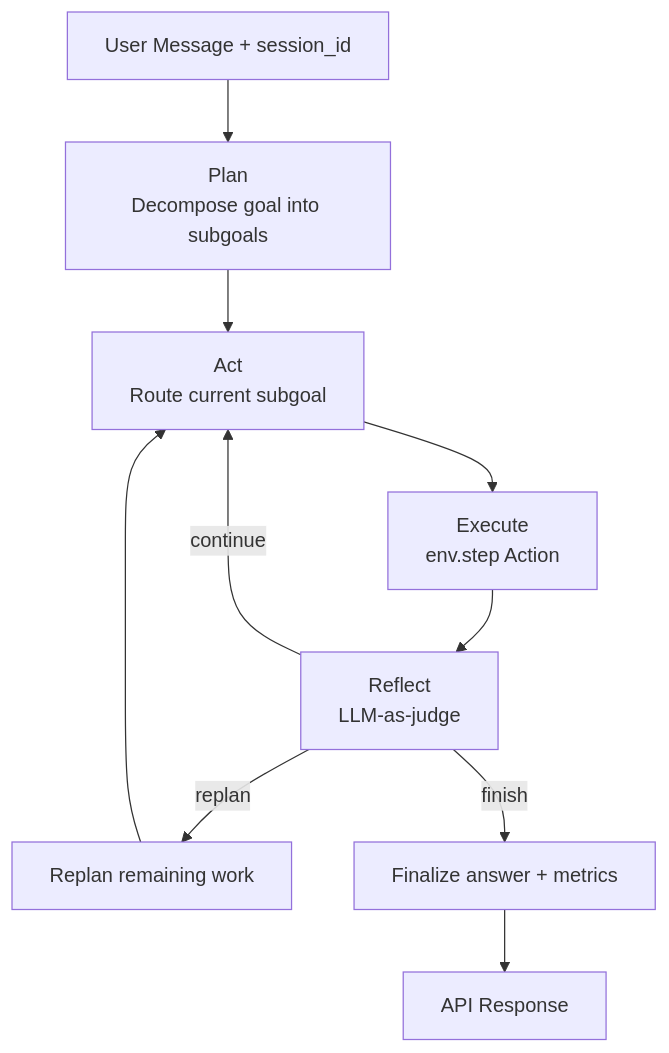
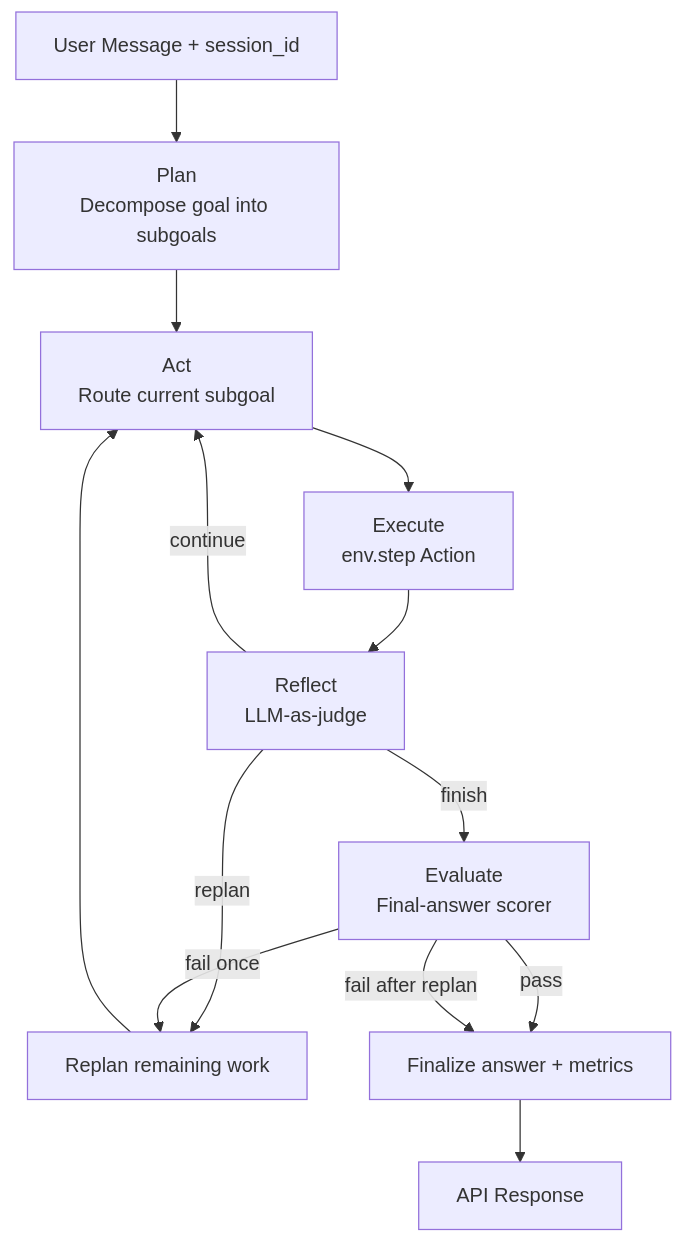
The second of 2 diagrams in README.md (lingxiaozzz/Overseas-Student-AI-Agent), drawn with Mermaid before and after one commit. The commit also changed other lines of this file and 7 other files, not shown here.

Commit message:
feat: add final-answer evaluator and replan on evaluation failure

````diff
--- a/README.md
+++ b/README.md
@@ -35,12 +35,15 @@
 ```mermaid
 flowchart TD
     Start[User Message + session_id] --> Plan[Plan\nDecompose goal into subgoals]
     Plan --> Act[Act\nRoute current subgoal]
     Act --> Execute[Execute\nenv.step Action]
     Execute --> Reflect[Reflect\nLLM-as-judge]
     Reflect -->|continue| Act
-    Reflect -->|replan| Plan2[Replan remaining work]
-    Plan2 --> Act
-    Reflect -->|finish| Finalize[Finalize answer + metrics]
+    Reflect -->|replan| Replan[Replan remaining work]
+    Replan --> Act
+    Reflect -->|finish| Evaluate[Evaluate\nFinal-answer scorer]
+    Evaluate -->|pass| Finalize[Finalize answer + metrics]
+    Evaluate -->|fail once| Replan
+    Evaluate -->|fail after replan| Finalize
     Finalize --> End[API Response]
 ```
````
